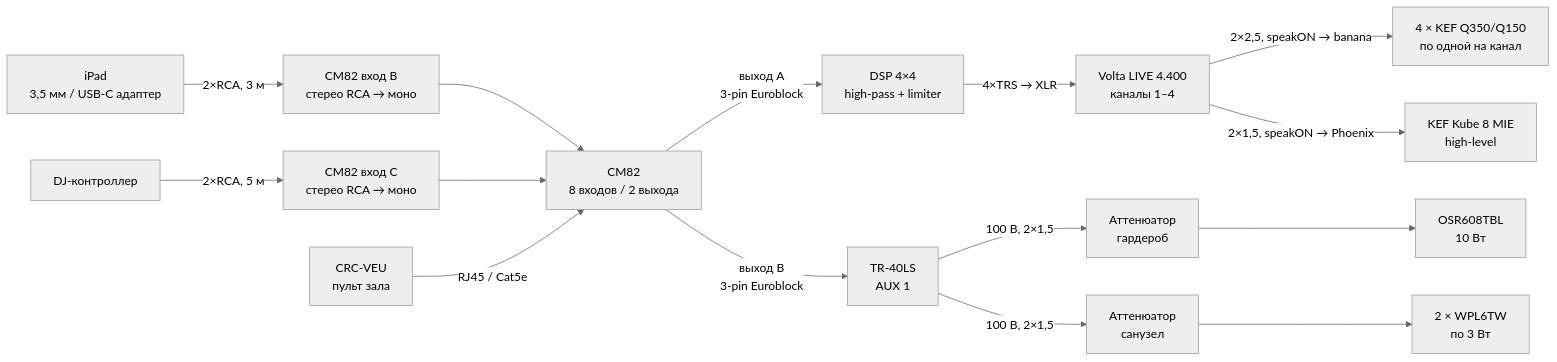
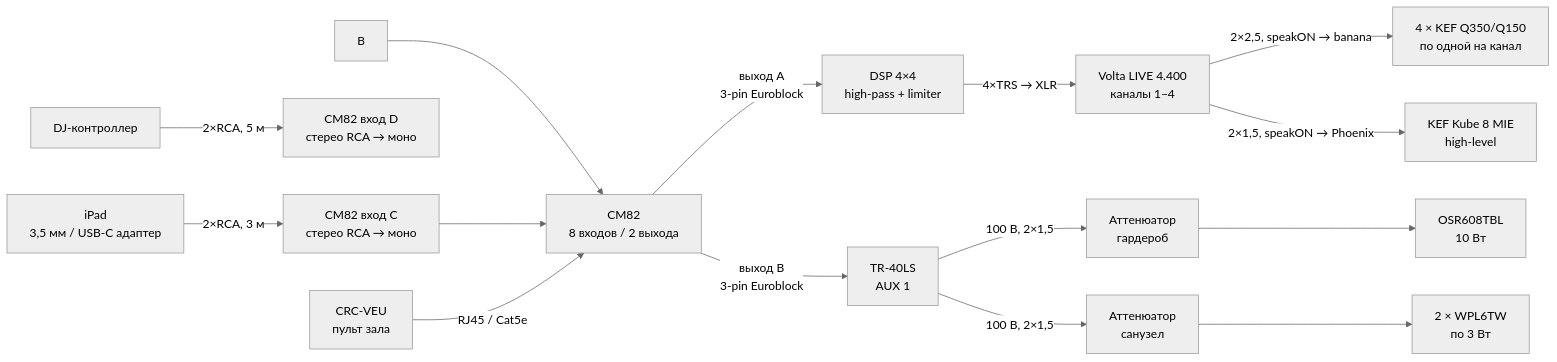
The diagram in produkty/setup-commutation.md (olegoviccc/p2p-audio-system-design), drawn with Mermaid (neutral theme) before and after one commit. The commit also changed other lines of this file and 2 other files, not shown here.

Commit message:
Синхронизировать входы CM82 C/D и схему

````diff
--- a/produkty/setup-commutation.md
+++ b/produkty/setup-commutation.md
@@ -21,17 +21,17 @@
 ```mermaid
 flowchart LR
-  IP["iPad<br/>3,5 мм / USB-C адаптер"] -->|"2×RCA, 3 м"| B["CM82 вход B<br/>стерео RCA → моно"]
-  DJ["DJ-контроллер"] -->|"2×RCA, 5 м"| C["CM82 вход C<br/>стерео RCA → моно"]
+  IP["iPad<br/>3,5 мм / USB-C адаптер"] -->|"2×RCA, 3 м"| C["CM82 вход C<br/>стерео RCA → моно"]
+  DJ["DJ-контроллер"] -->|"2×RCA, 5 м"| D["CM82 вход D<br/>стерео RCA → моно"]
   B --> CM["CM82<br/>8 входов / 2 выхода"]
   C --> CM
   CM -->|"выход A<br/>3-pin Euroblock"| DSP["DSP 4×4<br/>high-pass + limiter"]
   CM -->|"выход B<br/>3-pin Euroblock"| TR["TR-40LS<br/>AUX 1"]
   DSP -->|"4×TRS → XLR"| AMP["Volta LIVE 4.400<br/>каналы 1–4"]
   AMP -->|"2×2,5, speakON → banana"| SP["4 × KEF Q350/Q150<br/>по одной на канал"]
   AMP -->|"2×1,5, speakON → Phoenix"| SUB["KEF Kube 8 MIE<br/>high-level"]
   TR -->|"100 В, 2×1,5"| AT1["Аттенюатор<br/>гардероб"]
   TR -->|"100 В, 2×1,5"| AT2["Аттенюатор<br/>санузел"]
   AT1 --> OSR["OSR608TBL<br/>10 Вт"]
   AT2 --> WPL["2 × WPL6TW<br/>по 3 Вт"]
   CRC["CRC-VEU<br/>пульт зала"] -->|"RJ45 / Cat5e"| CM
 ```
````
